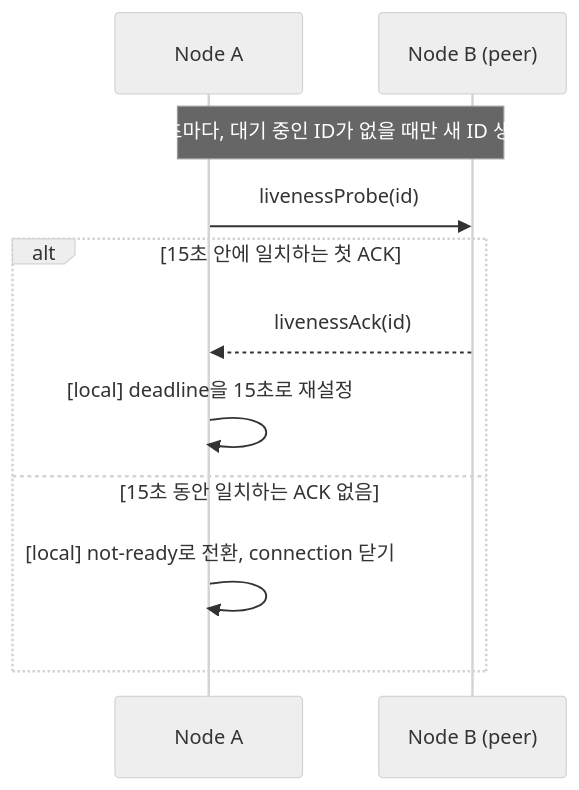
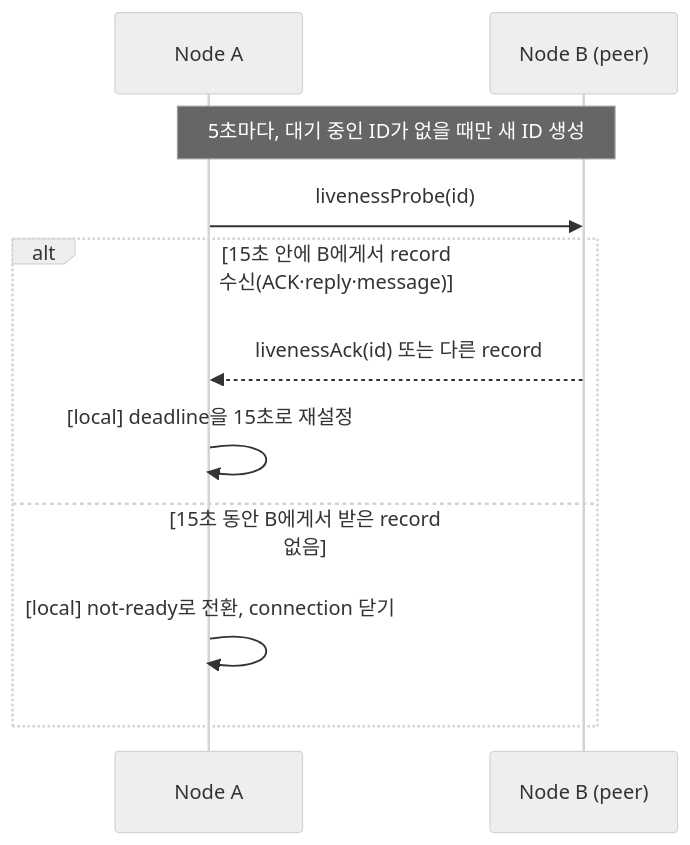
Before and after one commit to zlink-systems/zlink: the diagram in framework/doc/framework/common/spec/server/02-channel-transport/05-transport-liveness.ko.md, drawn with Mermaid (neutral theme). The commit also changed other lines of this file and 7 other files, not shown here.

First line of the commit message:
spec: any record received on a connection refreshes the liveness deadline

````diff
--- a/framework/doc/framework/common/spec/server/02-channel-transport/05-transport-liveness.ko.md
+++ b/framework/doc/framework/common/spec/server/02-channel-transport/05-transport-liveness.ko.md
@@ -126,14 +133,14 @@
 ```mermaid
 sequenceDiagram
     participant A as Node A
     participant B as Node B (peer)
 
     Note over A,B: 5초마다, 대기 중인 ID가 없을 때만 새 ID 생성
     A->>B: livenessProbe(id)
-    alt 15초 안에 일치하는 첫 ACK
-        B-->>A: livenessAck(id)
+    alt 15초 안에 B에게서 record 수신(ACK·reply·message)
+        B-->>A: livenessAck(id) 또는 다른 record
         A->>A: [local] deadline을 15초로 재설정
-    else 15초 동안 일치하는 ACK 없음
+    else 15초 동안 B에게서 받은 record 없음
         A->>A: [local] not-ready로 전환, connection 닫기
     end
 ```
````
